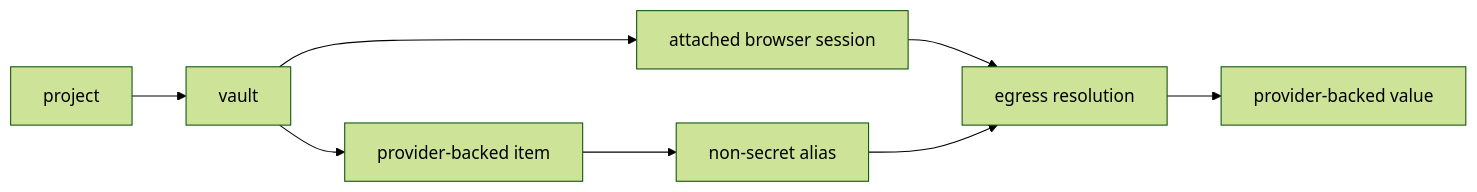
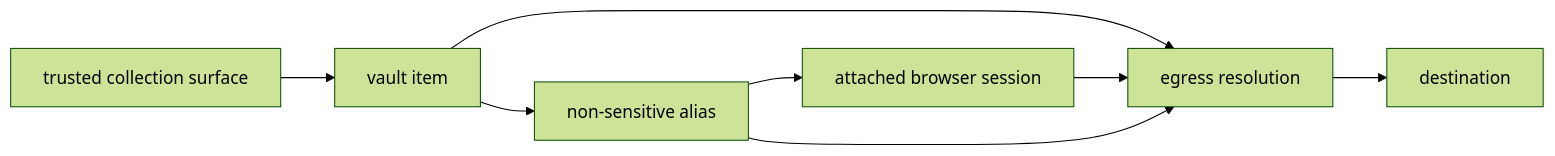
One commit to kernel/docs changed the diagram in vaults.mdx. Above: the diagram before and after it, drawn with Mermaid (forest theme). The commit also changed other lines of this file, not shown here.

Commit message:
Broaden vault primitive documentation

````diff
--- a/vaults.mdx
+++ b/vaults.mdx
@@ -36,10 +78,10 @@
 ```mermaid
 flowchart LR
-  P[project] --> V[vault]
-  V --> I[provider-backed item]
-  I --> A[non-secret alias]
-  V --> B[attached browser session]
-  B --> E[egress resolution]
+  T[trusted collection surface] --> I[vault item]
+  I --> A[non-sensitive alias]
+  A --> B[attached browser session]
+  I --> E[egress resolution]
+  B --> E
   A --> E
-  E --> R[provider-backed value]
+  E --> D[destination]
 ```
````
